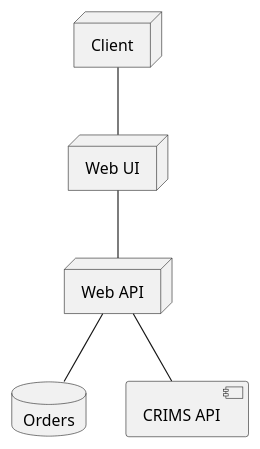
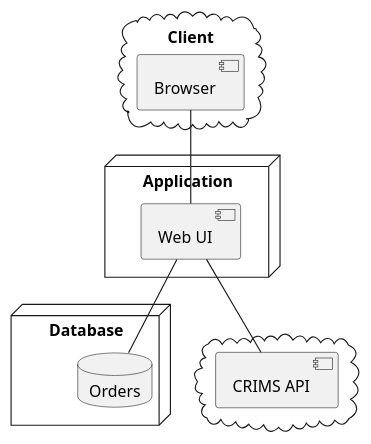
One commit to linus123/linus123.github.io changed the diagram in src/MarketExposure/002_Simple.puml. Above: the diagram before and after it, drawn with PlantUML. The commit also changed 6 other files, not shown here.

```diff
--- a/src/MarketExposure/002_Simple.puml
+++ b/src/MarketExposure/002_Simple.puml
@@ -1,18 +1,23 @@
 @startuml
 
-node Client
+cloud Client {
+    component Browser
+}
 
-node WebUI AS "Web UI"
+node Application {
+    component WebUI AS "Web UI"
+}
 
-node WebAPI AS "Web API"
+node Database {
+    database Orders
+}
 
-database Orders
+cloud {
+    component CRIMS_API AS "CRIMS API"
+}
 
-component CRIMS_API AS "CRIMS API"
-
-Client -- WebUI
-WebUI -- WebAPI
-WebAPI -- Orders
-WebAPI -- CRIMS_API
+Browser -- WebUI
+WebUI -- Orders
+WebUI -- CRIMS_API
 
 @enduml
```
